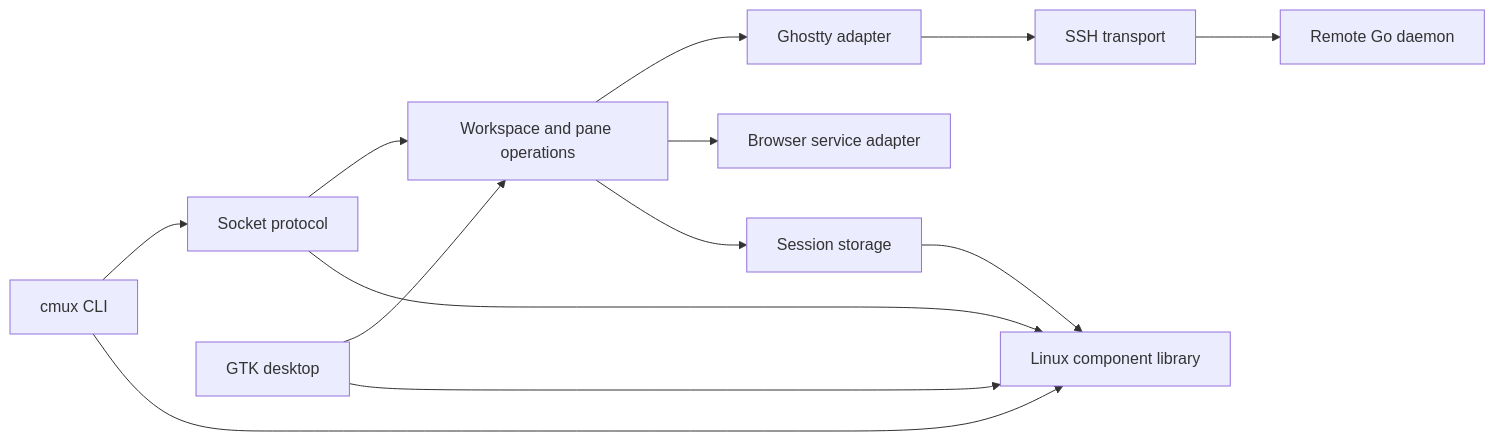
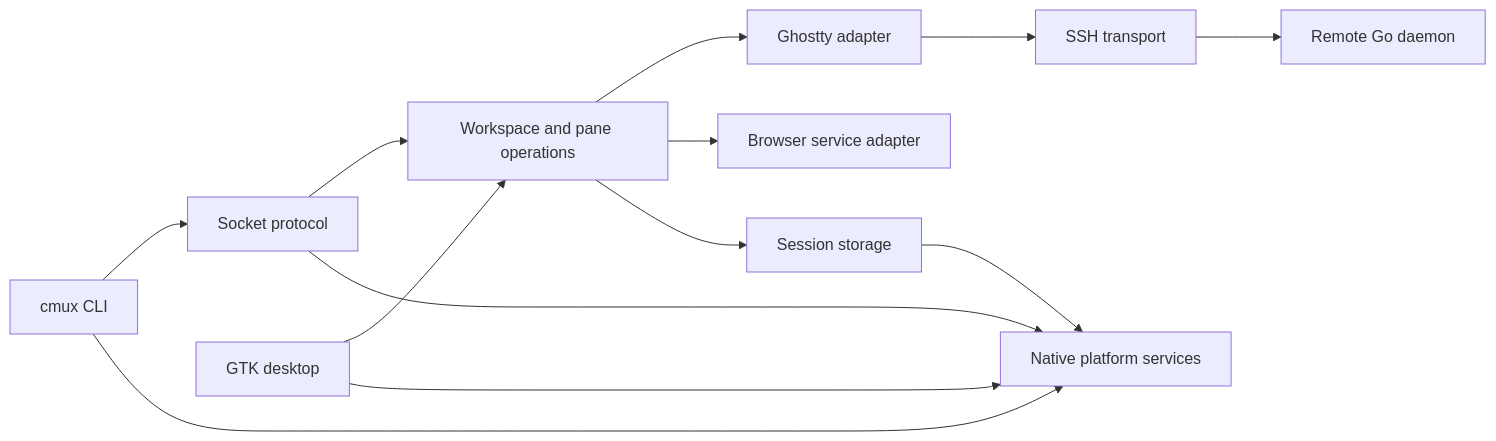
Before and after one commit to nitecon/cmux-gtk: the diagram in Docs/Architecture.md, drawn with Mermaid. The commit also changed other lines of this file and 27 other files, not shown here.

Commit message:
Isolate native Linux and Windows platform implementations

````diff
--- a/Docs/Architecture.md
+++ b/Docs/Architecture.md
@@ -25,15 +25,15 @@
 ```mermaid
 flowchart LR
     CLI[cmux CLI] --> RPC[Socket protocol]
     RPC --> Model[Workspace and pane operations]
     UI[GTK desktop] --> Model
     Model --> Terminal[Ghostty adapter]
     Model --> Browser[Browser service adapter]
     Model --> Session[Session storage]
     Terminal --> SSH[SSH transport]
     SSH --> Go[Remote Go daemon]
-    CLI --> Platform[Linux component library]
+    CLI --> Platform[Native platform services]
     UI --> Platform
     RPC --> Platform
     Session --> Platform
 ```
````
